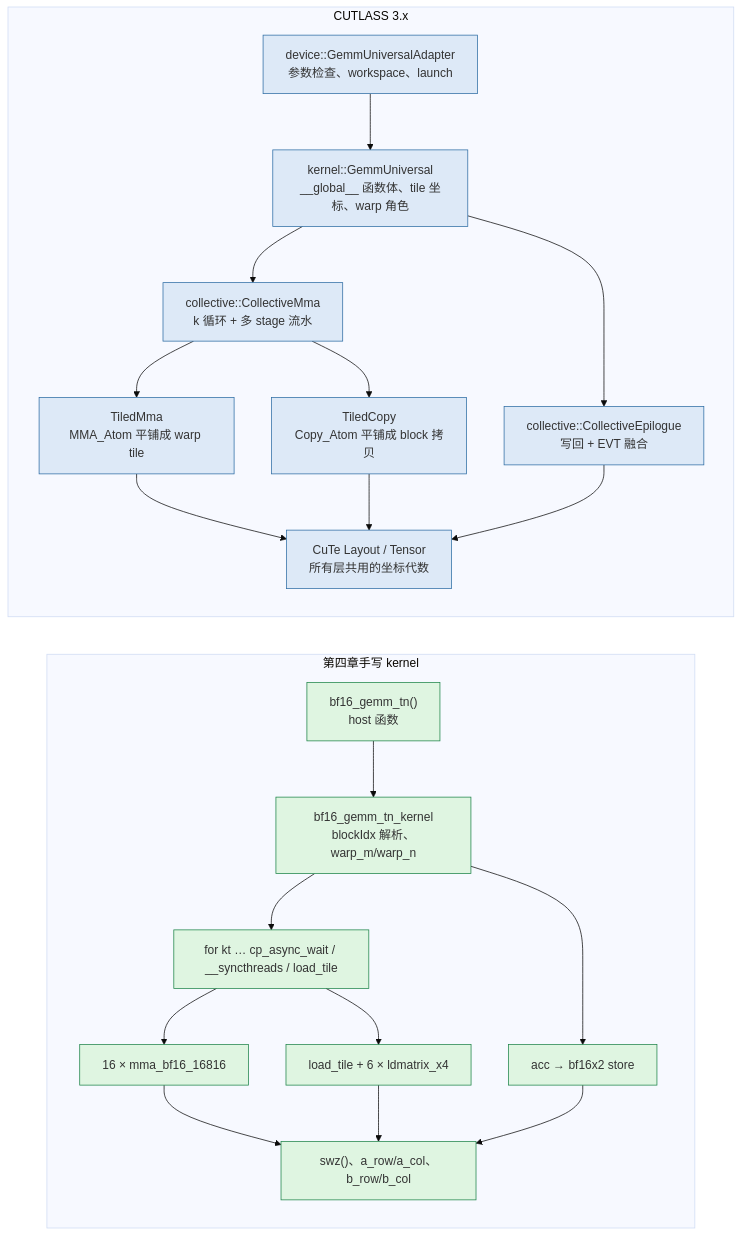
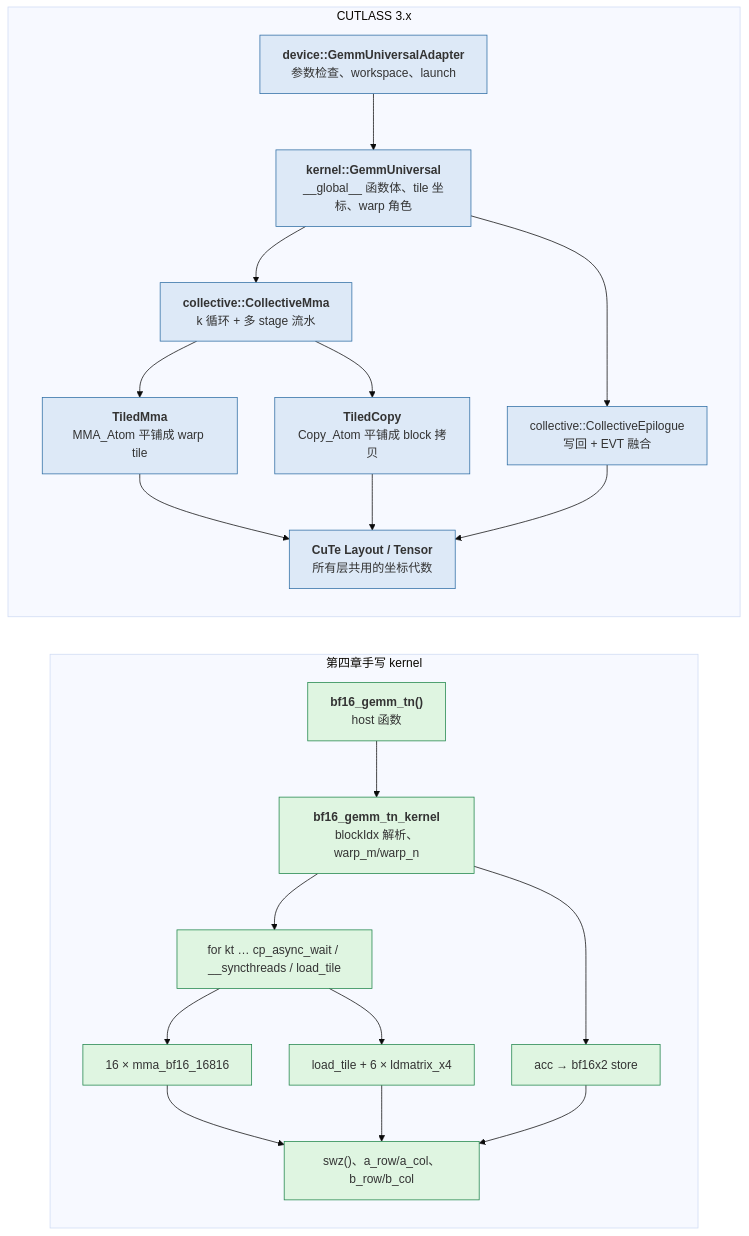
The second of 3 diagrams in _posts/2026-05-16-tensor-cores-cutlass-and-cute.md (arganzheng/arganzheng.github.com), drawn with Mermaid (base theme) before and after one commit. The commit also changed other lines of this file and 10 other files, not shown here.

First line of the commit message:
GPU Kernel 工程：从 CUDA 执行模型到 FlashAttention：Mermaid 多行方框的首行标为标题（11 篇）

````diff
--- a/_posts/2026-05-16-tensor-cores-cutlass-and-cute.md
+++ b/_posts/2026-05-16-tensor-cores-cutlass-and-cute.md
@@ -795,40 +795,40 @@
 ```mermaid
 %% 图：CUTLASS 3.x 的分层与手写 kernel 的对照：device → kernel → collective → TiledMma / TiledCopy → CuTe
 flowchart TB
     subgraph cutlass["CUTLASS 3.x"]
         direction TB
-        dev["device::GemmUniversalAdapter<br/>参数检查、workspace、launch"]
-        ker["kernel::GemmUniversal<br/>__global__ 函数体、tile 坐标、warp 角色"]
-        ml["collective::CollectiveMma<br/>k 循环 + 多 stage 流水"]
+        dev["<b>device::GemmUniversalAdapter</b><br/>参数检查、workspace、launch"]
+        ker["<b>kernel::GemmUniversal</b><br/>__global__ 函数体、tile 坐标、warp 角色"]
+        ml["<b>collective::CollectiveMma</b><br/>k 循环 + 多 stage 流水"]
         ep["collective::CollectiveEpilogue<br/>写回 + EVT 融合"]
-        tm["TiledMma<br/>MMA_Atom 平铺成 warp tile"]
-        tc["TiledCopy<br/>Copy_Atom 平铺成 block 拷贝"]
-        cute["CuTe Layout / Tensor<br/>所有层共用的坐标代数"]
+        tm["<b>TiledMma</b><br/>MMA_Atom 平铺成 warp tile"]
+        tc["<b>TiledCopy</b><br/>Copy_Atom 平铺成 block 拷贝"]
+        cute["<b>CuTe Layout / Tensor</b><br/>所有层共用的坐标代数"]
         dev --> ker --> ml
         ker --> ep
         ml --> tm
         ml --> tc
         tm & tc & ep --> cute
     end
     subgraph hand["第四章手写 kernel"]
         direction TB
-        h1["bf16_gemm_tn()<br/>host 函数"]
-        h2["bf16_gemm_tn_kernel<br/>blockIdx 解析、warp_m/warp_n"]
+        h1["<b>bf16_gemm_tn()</b><br/>host 函数"]
+        h2["<b>bf16_gemm_tn_kernel</b><br/>blockIdx 解析、warp_m/warp_n"]
         h3["for kt … cp_async_wait / __syncthreads / load_tile"]
         h4["acc → bf16x2 store"]
         h5["16 × mma_bf16_16816"]
         h6["load_tile + 6 × ldmatrix_x4"]
         h7["swz()、a_row/a_col、b_row/b_col"]
         h1 --> h2 --> h3
         h2 --> h4
         h3 --> h5
         h3 --> h6
         h5 & h6 & h4 --> h7
     end
     cutlass ~~~ hand
 
     classDef c fill:#dde9f7,stroke:#2e6da4
     classDef h fill:#dff5e1,stroke:#1e8449
     class dev,ker,ml,ep,tm,tc,cute c
     class h1,h2,h3,h4,h5,h6,h7 h
 ```
````
